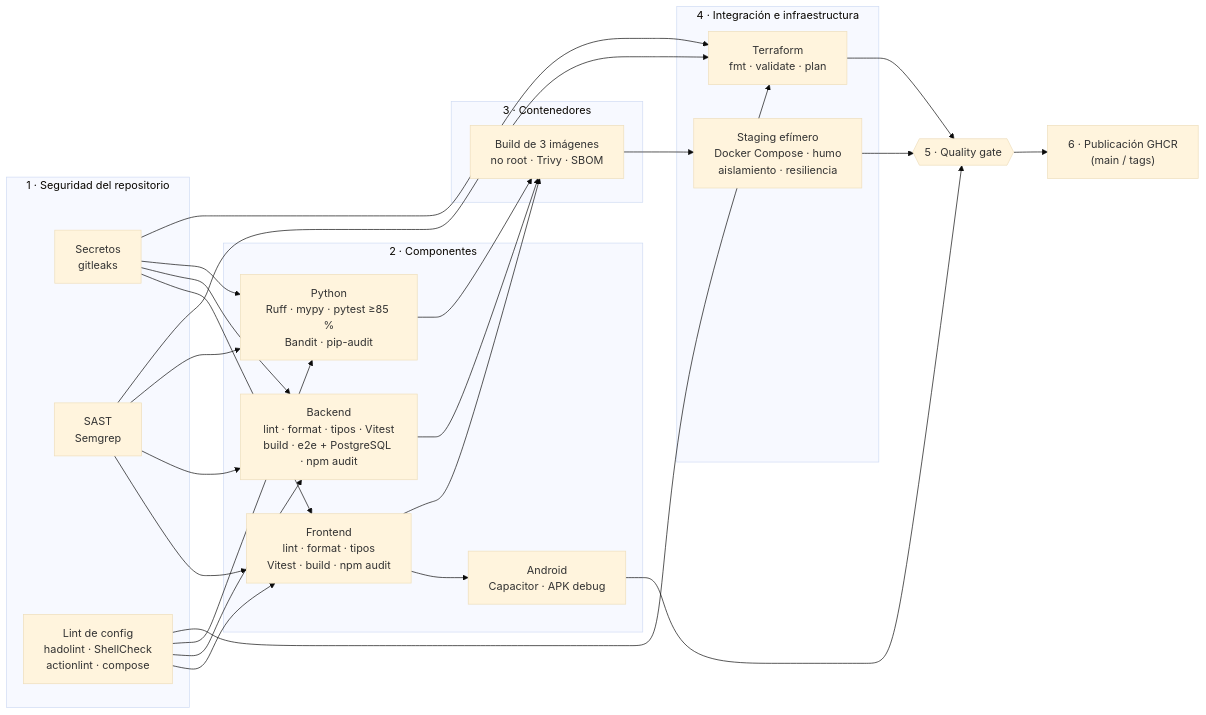
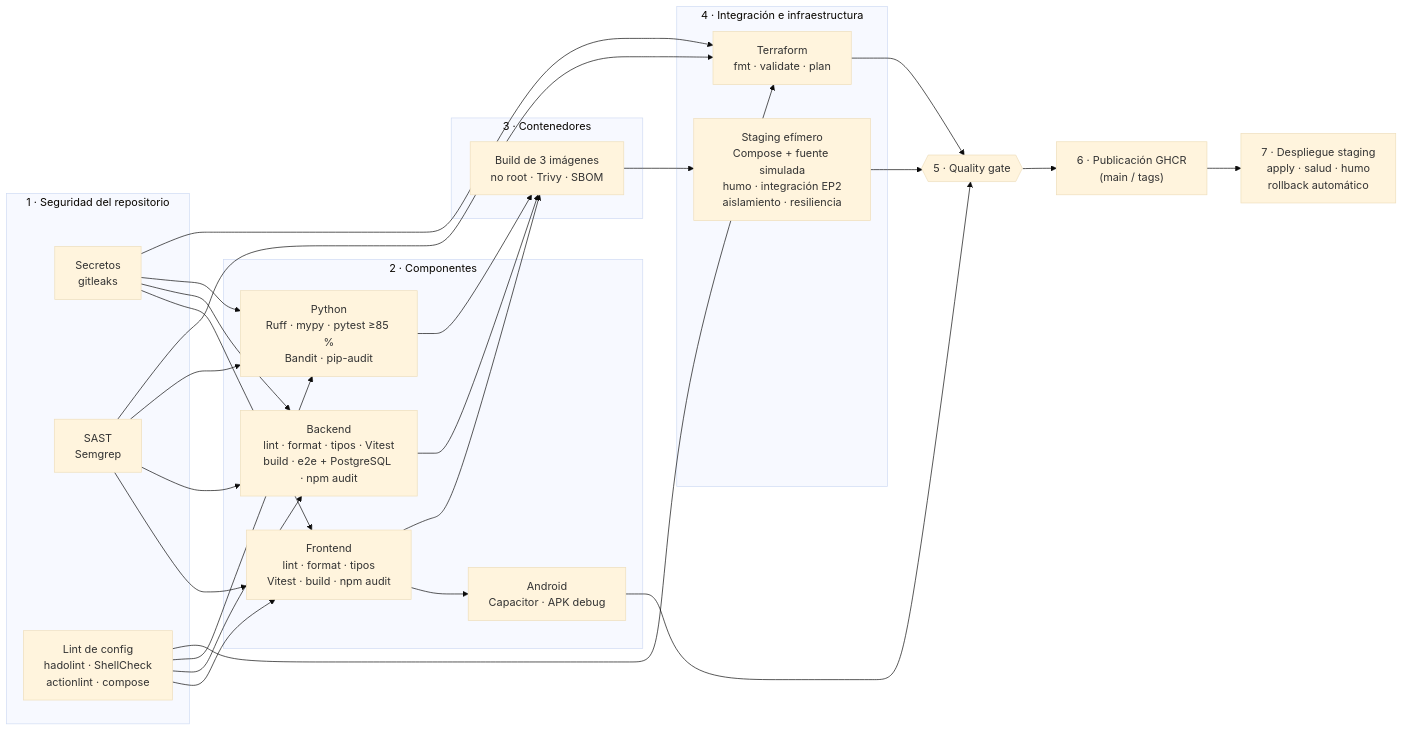
The diagram in docs/07-pipeline-devsecops.md (Dakotahh1/SmartCommerce), drawn with Mermaid (base theme) before and after one commit. The commit also changed other lines of this file and 15 other files, not shown here.

````diff
--- a/docs/07-pipeline-devsecops.md
+++ b/docs/07-pipeline-devsecops.md
@@ -18,28 +19,29 @@
 ```mermaid
 flowchart LR
     subgraph s1["1 · Seguridad del repositorio"]
         gl["Secretos<br/>gitleaks"]
         sg["SAST<br/>Semgrep"]
         cl["Lint de config<br/>hadolint · ShellCheck<br/>actionlint · compose"]
     end
     subgraph s2["2 · Componentes"]
         fe["Frontend<br/>lint · format · tipos<br/>Vitest · build · npm audit"]
         be["Backend<br/>lint · format · tipos · Vitest<br/>build · e2e + PostgreSQL · npm audit"]
         py["Python<br/>Ruff · mypy · pytest ≥85 %<br/>Bandit · pip-audit"]
         an["Android<br/>Capacitor · APK debug"]
     end
     subgraph s3["3 · Contenedores"]
         im["Build de 3 imágenes<br/>no root · Trivy · SBOM"]
     end
     subgraph s4["4 · Integración e infraestructura"]
-        st["Staging efímero<br/>Docker Compose · humo<br/>aislamiento · resiliencia"]
+        st["Staging efímero<br/>Compose + fuente simulada<br/>humo · integración EP2<br/>aislamiento · resiliencia"]
         tf["Terraform<br/>fmt · validate · plan"]
     end
     qg{{"5 · Quality gate"}}
     pub["6 · Publicación GHCR<br/>(main / tags)"]
+    dep["7 · Despliegue staging<br/>apply · salud · humo<br/>rollback automático"]
 
     gl & sg & cl --> fe & be & py & tf
     fe --> an
     fe & be & py --> im --> st
-    st & an & tf --> qg --> pub
+    st & an & tf --> qg --> pub --> dep
 ```
````
